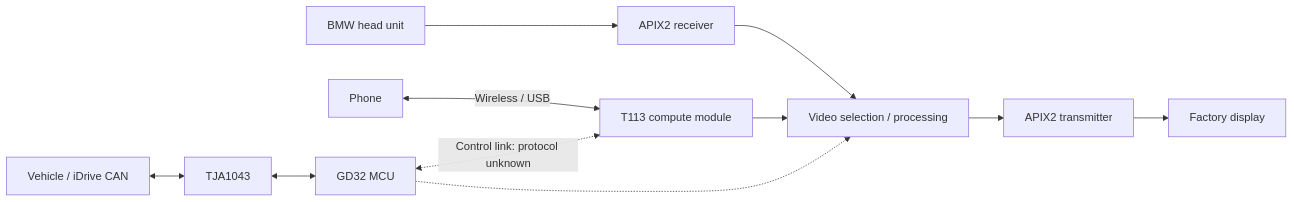
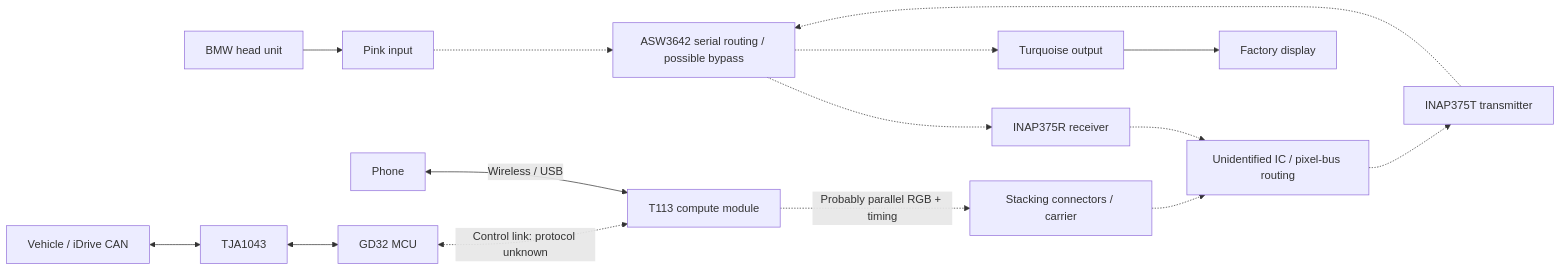
Before and after one commit to rusefi/naked-pcb: the diagram in t113-mmi/readme.md, drawn with Mermaid. The commit also changed other lines of this file and 1 other file, not shown here.

````diff
--- a/t113-mmi/readme.md
+++ b/t113-mmi/readme.md
@@ -169,14 +264,18 @@
 ```mermaid
 flowchart LR
-    HU["BMW head unit"] --> RX["APIX2 receiver"]
-    RX --> SEL["Video selection / processing"]
+    HU["BMW head unit"] --> IN["Pink input"]
+    IN -.-> SW["ASW3642 serial routing / possible bypass"]
+    SW -.-> RX["INAP375R receiver"]
+    RX -.-> LOGIC["Unidentified IC / pixel-bus routing"]
     PHONE["Phone"] <-->|"Wireless / USB"| SOC["T113 compute module"]
-    SOC --> SEL
-    SEL --> TX["APIX2 transmitter"]
-    TX --> SCREEN["Factory display"]
+    SOC -.->|"Probably parallel RGB + timing"| CARRIER["Stacking connectors / carrier"]
+    CARRIER -.-> LOGIC
+    LOGIC -.-> TX["INAP375T transmitter"]
+    TX -.-> SW
+    SW -.-> OUT["Turquoise output"]
+    OUT --> SCREEN["Factory display"]
 
     CAN["Vehicle / iDrive CAN"] <--> PHY["TJA1043"]
     PHY <--> MCU["GD32 MCU"]
     MCU <-.->|"Control link: protocol unknown"| SOC
-    MCU -.-> SEL
 ```
````
